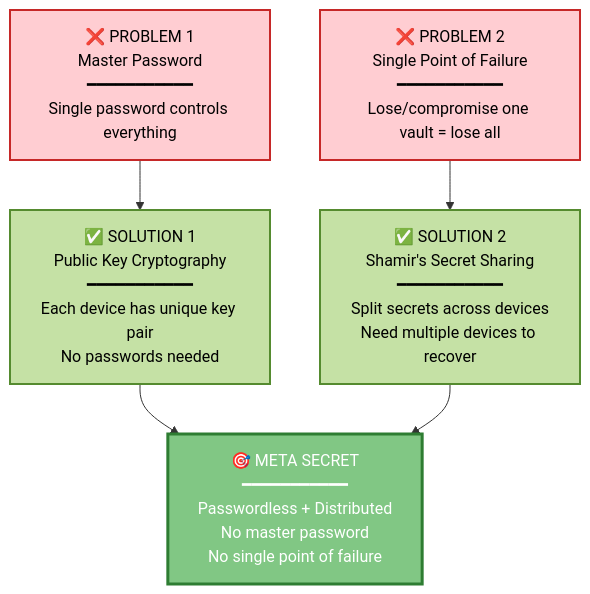
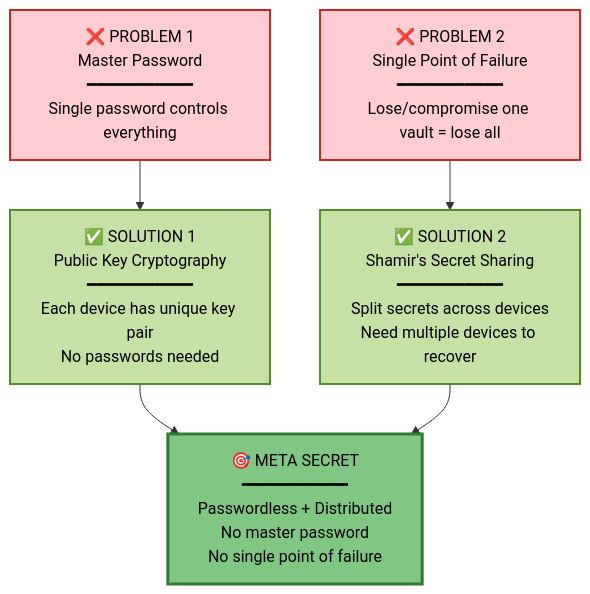
The first of 12 diagrams in docs/meta-secret-technical-presentation.md (meta-secret/meta-secret-core), drawn with Mermaid before and after one commit. The commit also changed other lines of this file, not shown here.

````diff
--- a/docs/meta-secret-technical-presentation.md
+++ b/docs/meta-secret-technical-presentation.md
@@ -90,15 +90,15 @@
 ```mermaid
 flowchart TB
     PROBLEM1["❌ PROBLEM 1<br/>Master Password<br/>━━━━━━━━━━━<br/>Single password controls everything"] --> SOLUTION1["✅ SOLUTION 1<br/>Public Key Cryptography<br/>━━━━━━━━━━━<br/>Each device has unique key pair<br/>No passwords needed"]
     
     PROBLEM2["❌ PROBLEM 2<br/>Single Point of Failure<br/>━━━━━━━━━━━<br/>Lose/compromise one vault = lose all"] --> SOLUTION2["✅ SOLUTION 2<br/>Shamir's Secret Sharing<br/>━━━━━━━━━━━<br/>Split secrets across devices<br/>Need multiple devices to recover"]
     
     SOLUTION1 --> RESULT["🎯 META SECRET<br/>━━━━━━━━━━━<br/>Passwordless + Distributed<br/>No master password<br/>No single point of failure"]
     SOLUTION2 --> RESULT
     
     style PROBLEM1 fill:#ffcdd2,color:#000,stroke:#c62828,stroke-width:2px
     style PROBLEM2 fill:#ffcdd2,color:#000,stroke:#c62828,stroke-width:2px
     style SOLUTION1 fill:#c5e1a5,color:#000,stroke:#558b2f,stroke-width:2px
     style SOLUTION2 fill:#c5e1a5,color:#000,stroke:#558b2f,stroke-width:2px
-    style RESULT fill:#81c784,color:#fff,stroke:#2e7d32,stroke-width:3px
+    style RESULT fill:#81c784,color:#000,stroke:#2e7d32,stroke-width:3px
 ```
````
